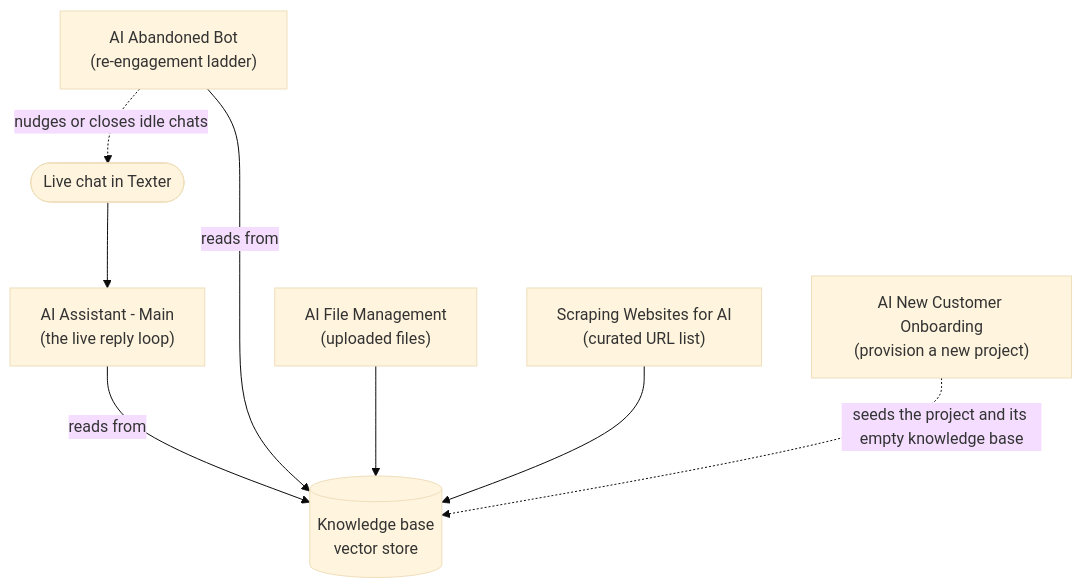
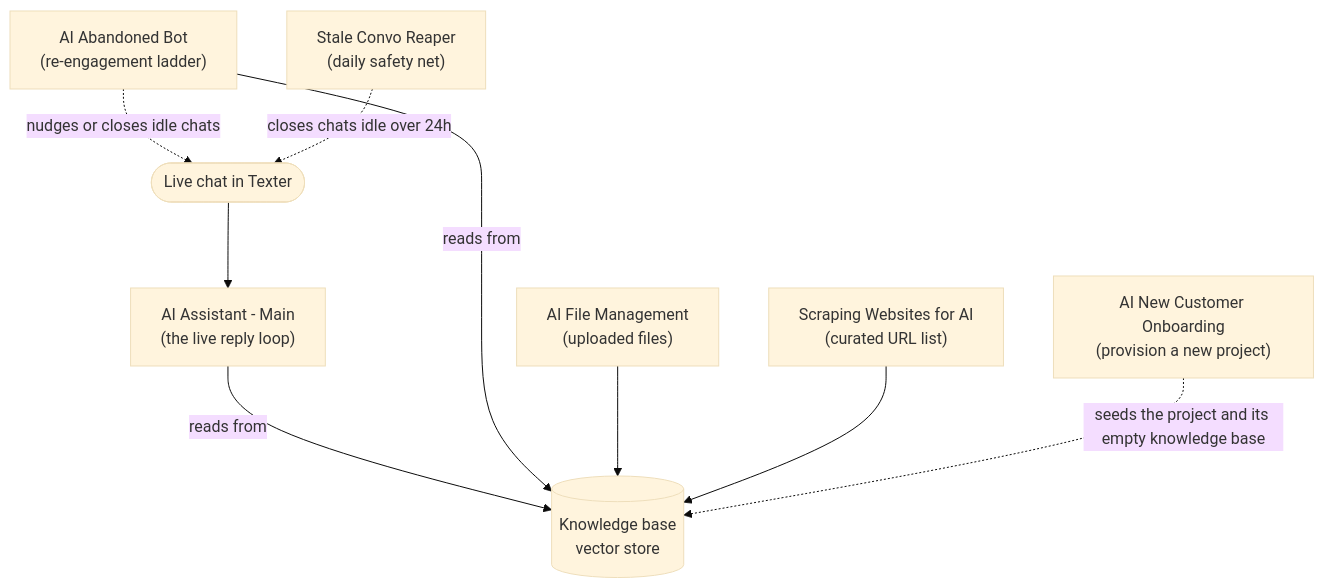
Before and after one commit to whatsper/texterdocs: the diagram in docs/Q-AI Bot/Workflows.md, drawn with Mermaid (base theme). The commit also changed other lines of this file and 3 other files, not shown here.

Commit message:
q-ai bot: document the single-owner claim, reply cancelling an in-flight nudge, and the daily stale-convo sweep

````diff
--- a/docs/Q-AI Bot/Workflows.md
+++ b/docs/Q-AI Bot/Workflows.md
@@ -21,18 +21,20 @@
 ```mermaid
 flowchart TD
     chat([Live chat in Texter])
     main["AI Assistant - Main<br/>(the live reply loop)"]
     abandon["AI Abandoned Bot<br/>(re-engagement ladder)"]
+    reaper["Stale Convo Reaper<br/>(daily safety net)"]
     files["AI File Management<br/>(uploaded files)"]
     scrape["Scraping Websites for AI<br/>(curated URL list)"]
     onboard["AI New Customer Onboarding<br/>(provision a new project)"]
     vs[(Knowledge base<br/>vector store)]
 
     chat --> main
     abandon -. nudges or closes idle chats .-> chat
+    reaper -. closes chats idle over 24h .-> chat
     main -- reads from --> vs
     abandon -- reads from --> vs
     files --> vs
     scrape --> vs
     onboard -. seeds the project and its empty knowledge base .-> vs
 ```
````
